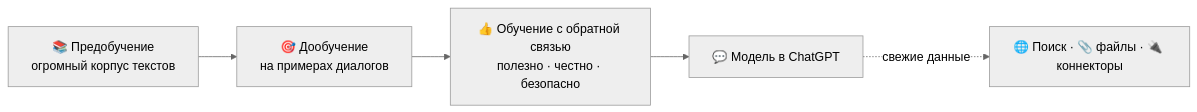
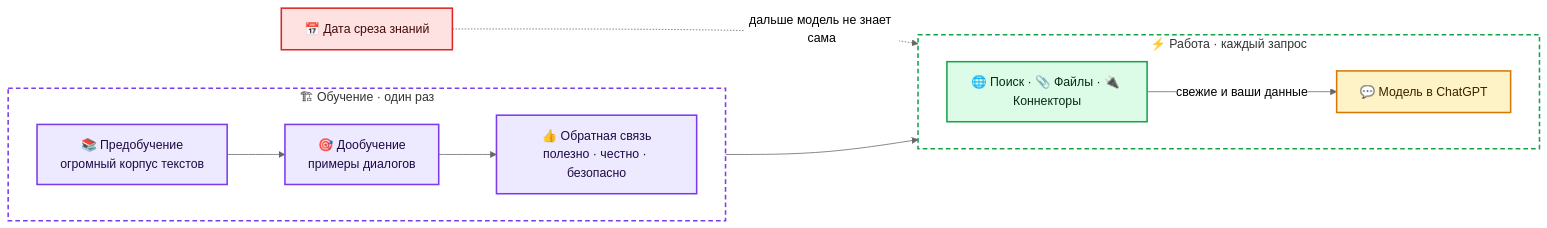
Before and after one commit to justxor/ChatGPT_ru: the fifth of 13 diagrams in README.md, drawn with Mermaid (neutral theme). The commit also changed other lines of this file, not shown here.

Commit message:
Схемы: цветовая разметка, группы и подписи; карта «Что полезного в репозитории»

````diff
--- a/README.md
+++ b/README.md
@@ -121,7 +185,23 @@
 ```mermaid
 flowchart LR
-    D["📚 Предобучение<br/>огромный корпус текстов"] --> F["🎯 Дообучение<br/>на примерах диалогов"]
-    F --> H["👍 Обучение с обратной связью<br/>полезно · честно · безопасно"]
-    H --> R["💬 Модель в ChatGPT"]
-    R -. "свежие данные" .-> T["🌐 Поиск · 📎 файлы · 🔌 коннекторы"]
+    subgraph TR["🏗 Обучение · один раз"]
+        direction LR
+        D1["📚 Предобучение<br/>огромный корпус текстов"]:::ctx --> F["🎯 Дообучение<br/>примеры диалогов"]:::ctx --> H["👍 Обратная связь<br/>полезно · честно · безопасно"]:::ctx
+    end
+    subgraph RT["⚡ Работа · каждый запрос"]
+        direction LR
+        R["💬 Модель в ChatGPT"]:::model
+        T["🌐 Поиск · 📎 Файлы · 🔌 Коннекторы"]:::tool
+    end
+    H --> R
+    X["📅 Дата среза знаний"]:::warn -. "дальше модель не знает сама" .-> R
+    T -- "свежие и ваши данные" --> R
+    style TR fill:none,stroke:#7c3aed,stroke-width:2px,stroke-dasharray:6 4
+    style RT fill:none,stroke:#16a34a,stroke-width:2px,stroke-dasharray:6 4
+    classDef user fill:#dbeafe,stroke:#2563eb,stroke-width:2px,color:#0b1f44
+    classDef ctx fill:#ede9fe,stroke:#7c3aed,stroke-width:2px,color:#1e0b44
+    classDef model fill:#fef3c7,stroke:#d97706,stroke-width:2px,color:#3b2300
+    classDef tool fill:#dcfce7,stroke:#16a34a,stroke-width:2px,color:#052e16
+    classDef out fill:#fce7f3,stroke:#db2777,stroke-width:2px,color:#3f0420
+    classDef warn fill:#fee2e2,stroke:#dc2626,stroke-width:2px,color:#450a0a
 ```
````
